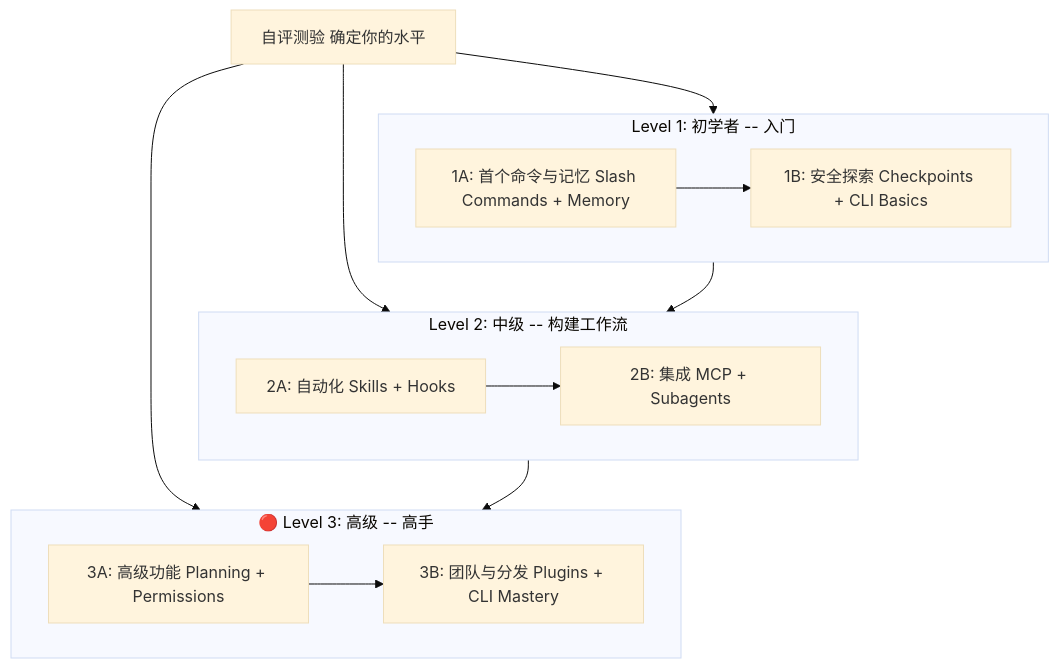
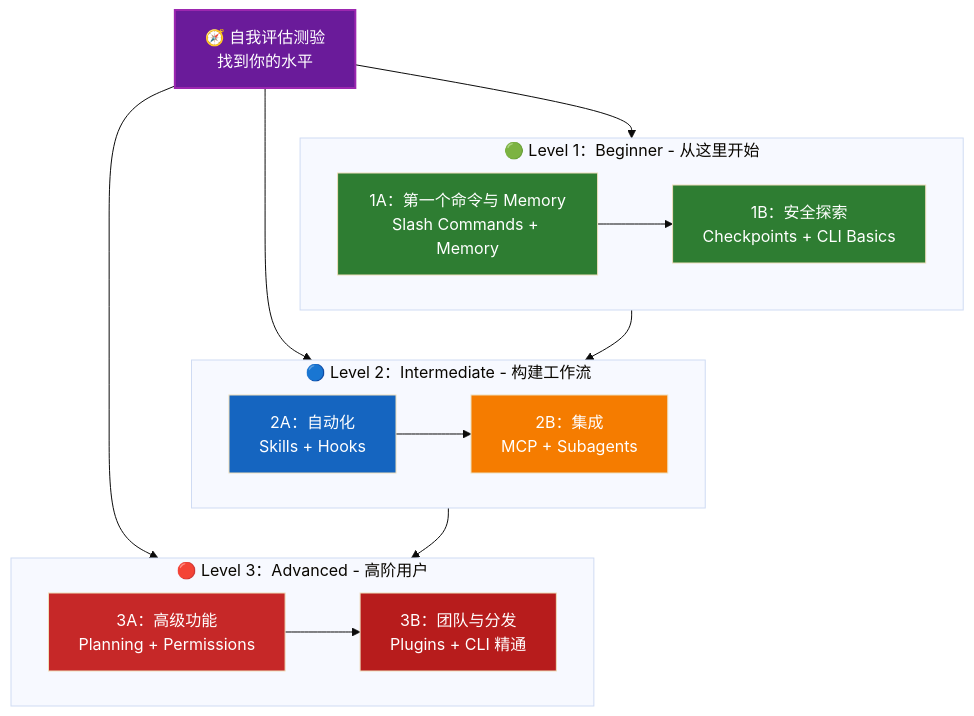
Before and after one commit to Rx782-Fss/claude-howto-zh: the diagram in LEARNING-ROADMAP.md, drawn with Mermaid (base theme). The commit also changed other lines of this file and 91 other files, not shown here.

````diff
--- a/LEARNING-ROADMAP.md
+++ b/LEARNING-ROADMAP.md
@@ -55,25 +56,32 @@
 ```mermaid
 graph TD
-    Q[" 自评测验 确定你的水平"] --> L1
+    Q["🧭 自我评估测验<br/>找到你的水平"] --> L1
     Q --> L2
     Q --> L3
 
-    subgraph L1[" Level 1: 初学者 -- 入门"]
+    subgraph L1["🟢 Level 1：Beginner - 从这里开始"]
         direction LR
-        A["1A: 首个命令与记忆 Slash Commands + Memory"] --> B["1B: 安全探索 Checkpoints + CLI Basics"]
+        A["1A：第一个命令与 Memory<br/>Slash Commands + Memory"] --> B["1B：安全探索<br/>Checkpoints + CLI Basics"]
     end
 
-    subgraph L2[" Level 2: 中级 -- 构建工作流"]
+    subgraph L2["🔵 Level 2：Intermediate - 构建工作流"]
         direction LR
-        C["2A: 自动化 Skills + Hooks"] --> D["2B: 集成 MCP + Subagents"]
+        C["2A：自动化<br/>Skills + Hooks"] --> D["2B：集成<br/>MCP + Subagents"]
     end
 
-    subgraph L3["🔴 Level 3: 高级 -- 高手"]
+    subgraph L3["🔴 Level 3：Advanced - 高阶用户"]
         direction LR
-        E["3A: 高级功能 Planning + Permissions"] --> F["3B: 团队与分发 Plugins + CLI Mastery"]
+        E["3A：高级功能<br/>Planning + Permissions"] --> F["3B：团队与分发<br/>Plugins + CLI 精通"]
     end
 
     L1 --> L2
     L2 --> L3
 
+    style Q fill:#6A1B9A,color:#fff,stroke:#9C27B0,stroke-width:2px
+    style A fill:#2E7D32,color:#fff
+    style B fill:#2E7D32,color:#fff
+    style C fill:#1565C0,color:#fff
+    style D fill:#F57C00,color:#fff
+    style E fill:#C62828,color:#fff
+    style F fill:#B71C1C,color:#fff
 ```
````
